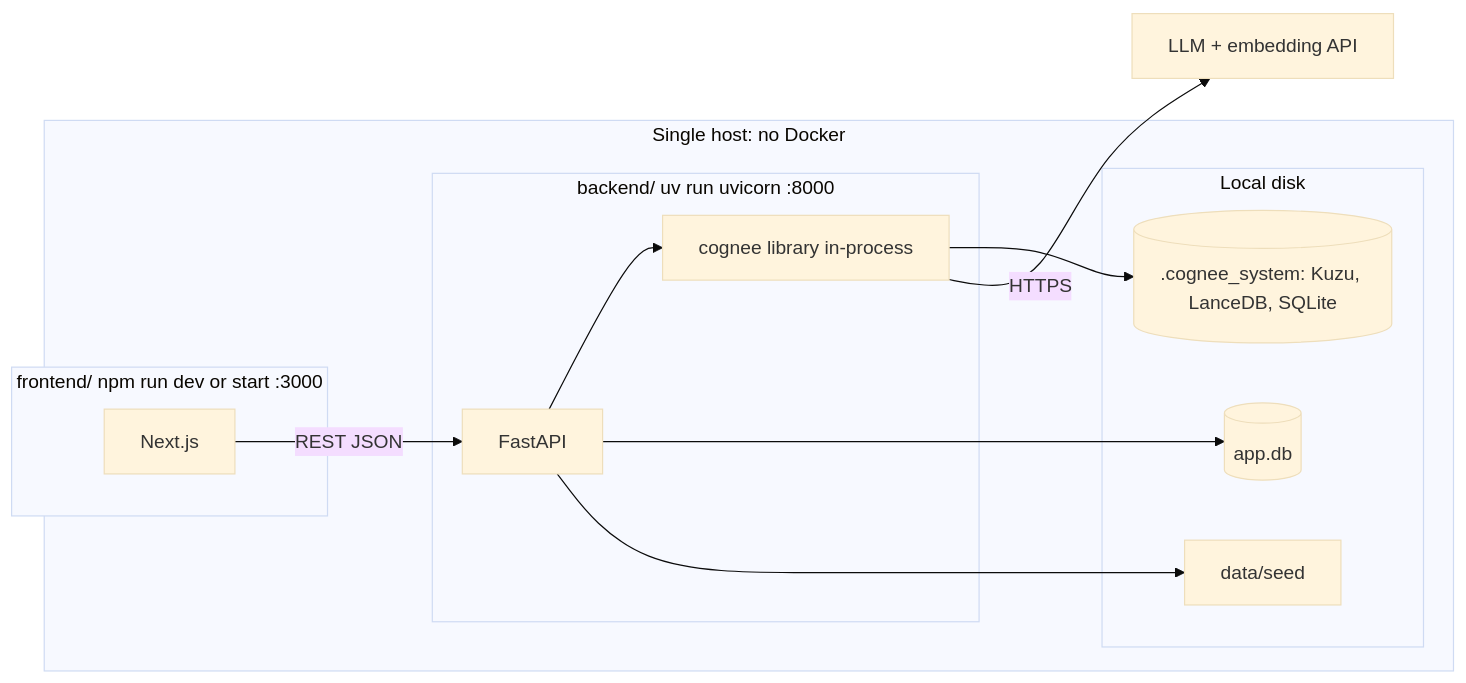
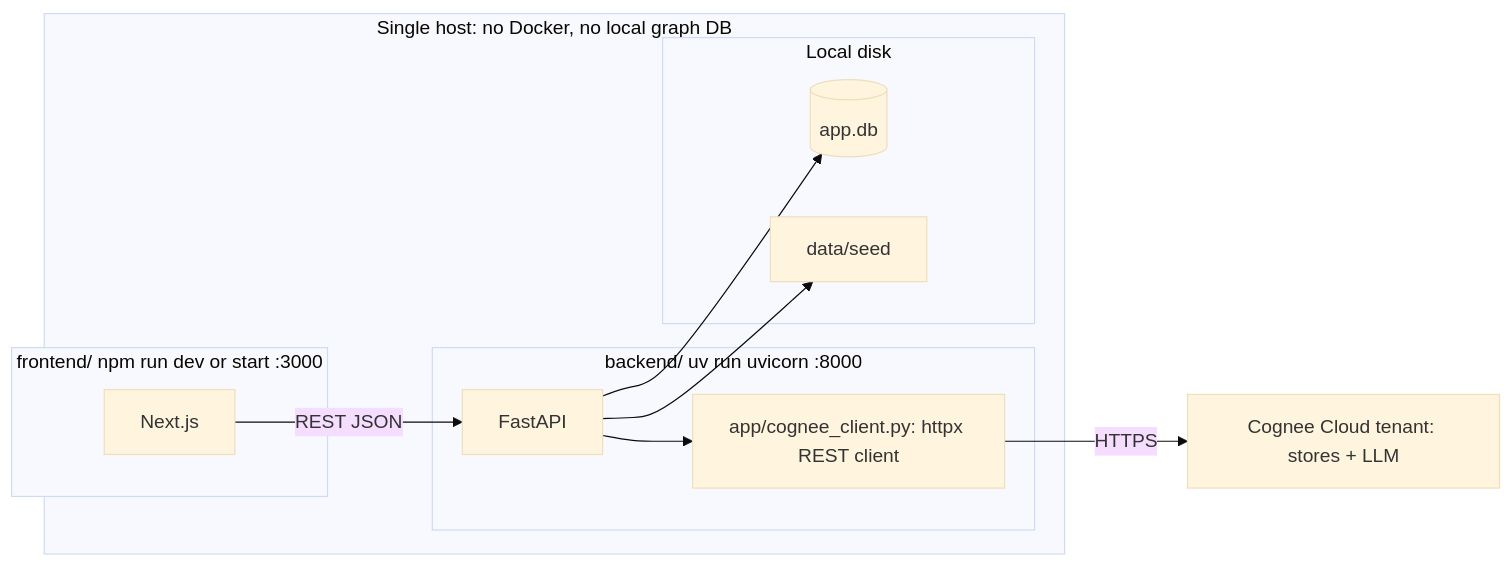
Before and after one commit to icyzh/cognee_brain: the fifth of 6 diagrams in docs/architecture.md, drawn with Mermaid (base theme). The commit also changed other lines of this file and 23 other files, not shown here.

First line of the commit message:
Phase 0: Cognee Cloud spike, backend skeleton, /ask types

````diff
--- a/docs/architecture.md
+++ b/docs/architecture.md
@@ -287,25 +294,23 @@
 ```mermaid
 flowchart LR
-    subgraph HOST["Single host: no Docker"]
+    subgraph HOST["Single host: no Docker, no local graph DB"]
         subgraph FEP["frontend/ npm run dev or start :3000"]
             NX["Next.js"]
         end
         subgraph BEP["backend/ uv run uvicorn :8000"]
             FA["FastAPI"]
-            CG["cognee library in-process"]
+            CG["app/cognee_client.py: httpx REST client"]
         end
         subgraph DISK["Local disk"]
-            K1[(".cognee_system: Kuzu, LanceDB, SQLite")]
             K2[("app.db")]
             K3["data/seed"]
         end
     end
-    EXT["LLM + embedding API"]
+    EXT["Cognee Cloud tenant: stores + LLM"]
 
     NX -- "REST JSON" --> FA
     FA --> CG
-    CG --> K1
     FA --> K2
     FA --> K3
     CG -- HTTPS --> EXT
 ```
````
